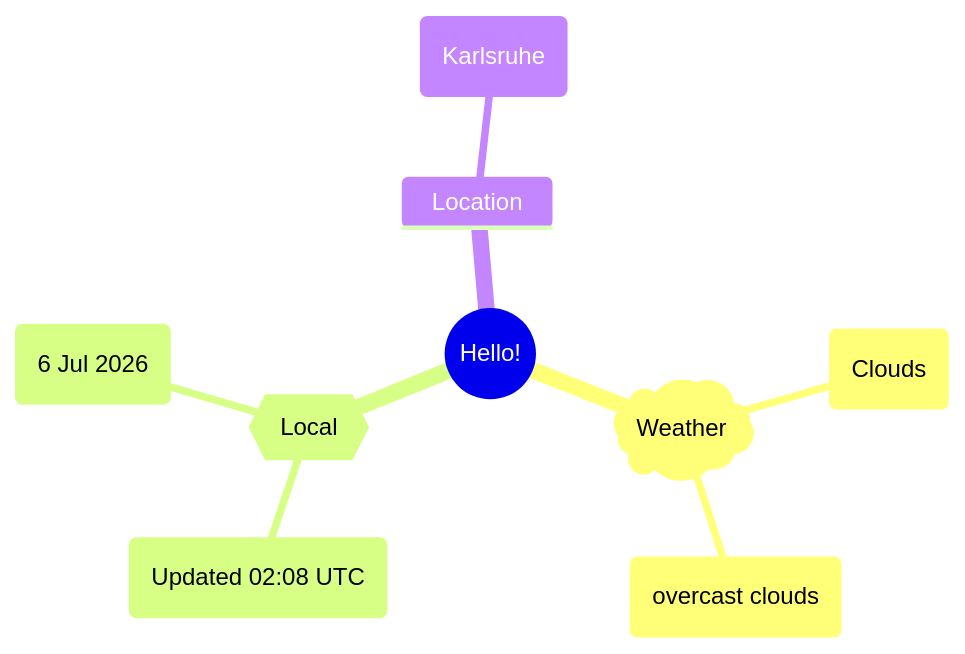
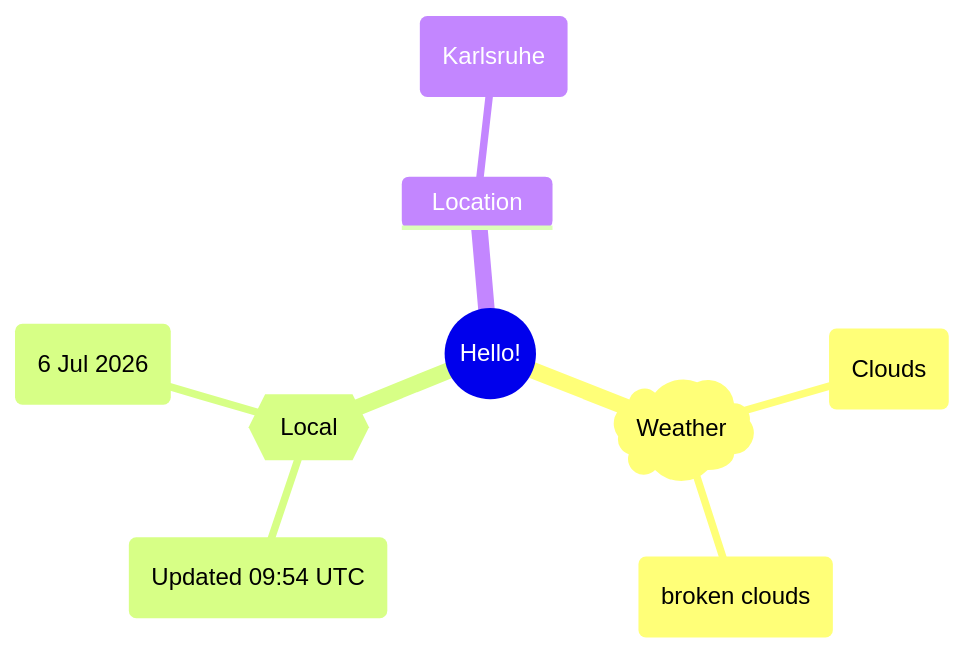
One commit to Xosrov/Xosrov changed the first of 2 diagrams in README.md. Above: the diagram before and after it, drawn with Mermaid.

Commit message:
[bot] updated images

````diff
--- a/README.md
+++ b/README.md
@@ -3,12 +3,12 @@
 ```mermaid
 mindmap
   root((Hello!))
     )Weather(
         (Clouds)
-        (overcast clouds)
+        (broken clouds)
     {{Local}}
-        (Updated 02:08 UTC)
+        (Updated 09:54 UTC)
         (6 Jul 2026)
     Location
         (Karlsruhe)
 ```
````
